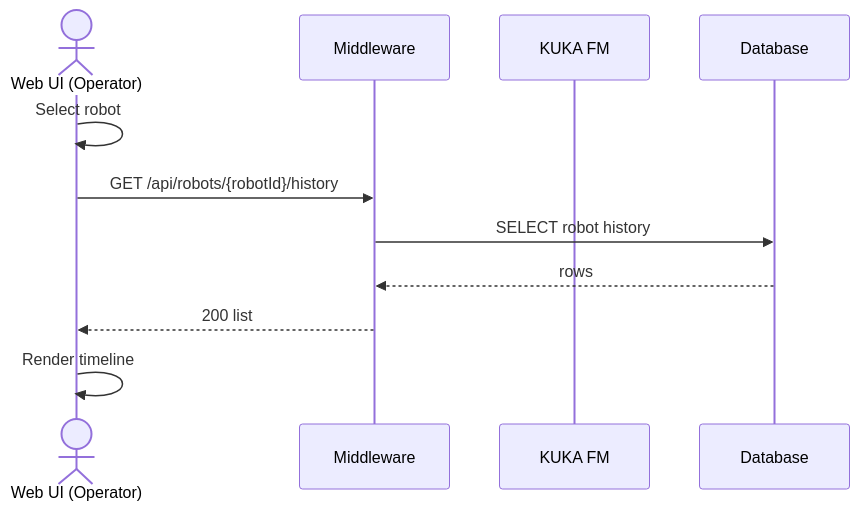
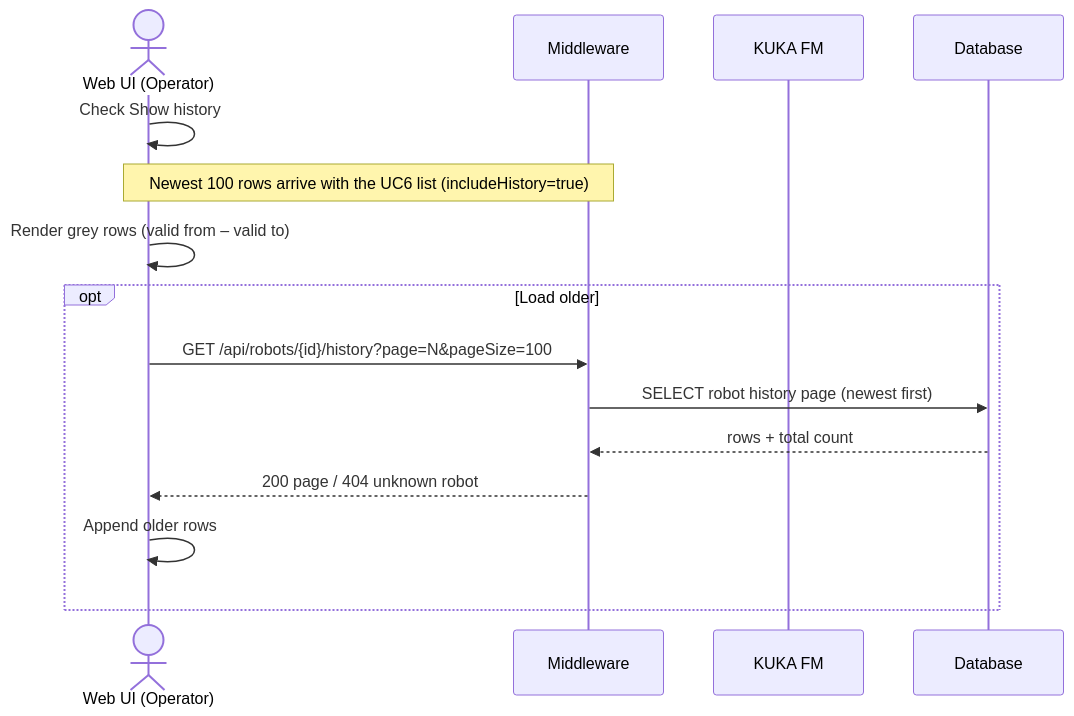
One commit to FEI-thridos/ITS changed the seventh of 8 diagrams in documentation/specification.md. Above: the diagram before and after it, drawn with Mermaid. The commit also changed other lines of this file and 68 other files, not shown here.

````diff
--- a/documentation/specification.md
+++ b/documentation/specification.md
@@ -195,14 +223,18 @@
 ```mermaid
 sequenceDiagram
     actor UI as Web UI (Operator)
     participant MW as Middleware
     participant KUKA as KUKA FM
     participant DB as Database
 
-    UI->>UI: Select robot
-    UI->>MW: GET /api/robots/{robotId}/history
-    MW->>DB: SELECT robot history
-    DB-->>MW: rows
-    MW-->>UI: 200 list
-    UI->>UI: Render timeline
+    UI->>UI: Check Show history
+    Note over UI,MW: Newest 100 rows arrive with the UC6 list (includeHistory=true)
+    UI->>UI: Render grey rows (valid from – valid to)
+    opt Load older
+        UI->>MW: GET /api/robots/{id}/history?page=N&pageSize=100
+        MW->>DB: SELECT robot history page (newest first)
+        DB-->>MW: rows + total count
+        MW-->>UI: 200 page / 404 unknown robot
+        UI->>UI: Append older rows
+    end
 ```
````
